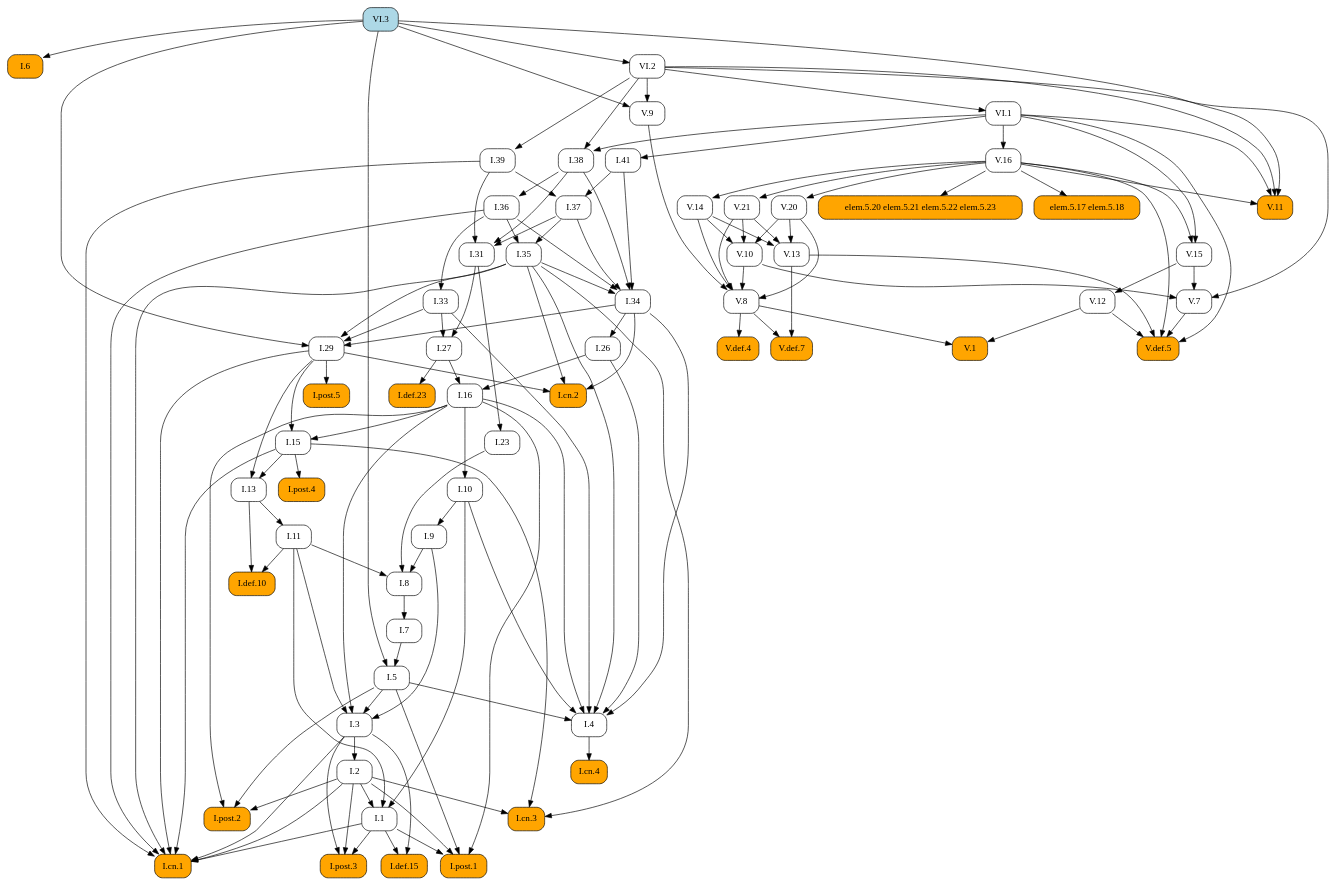
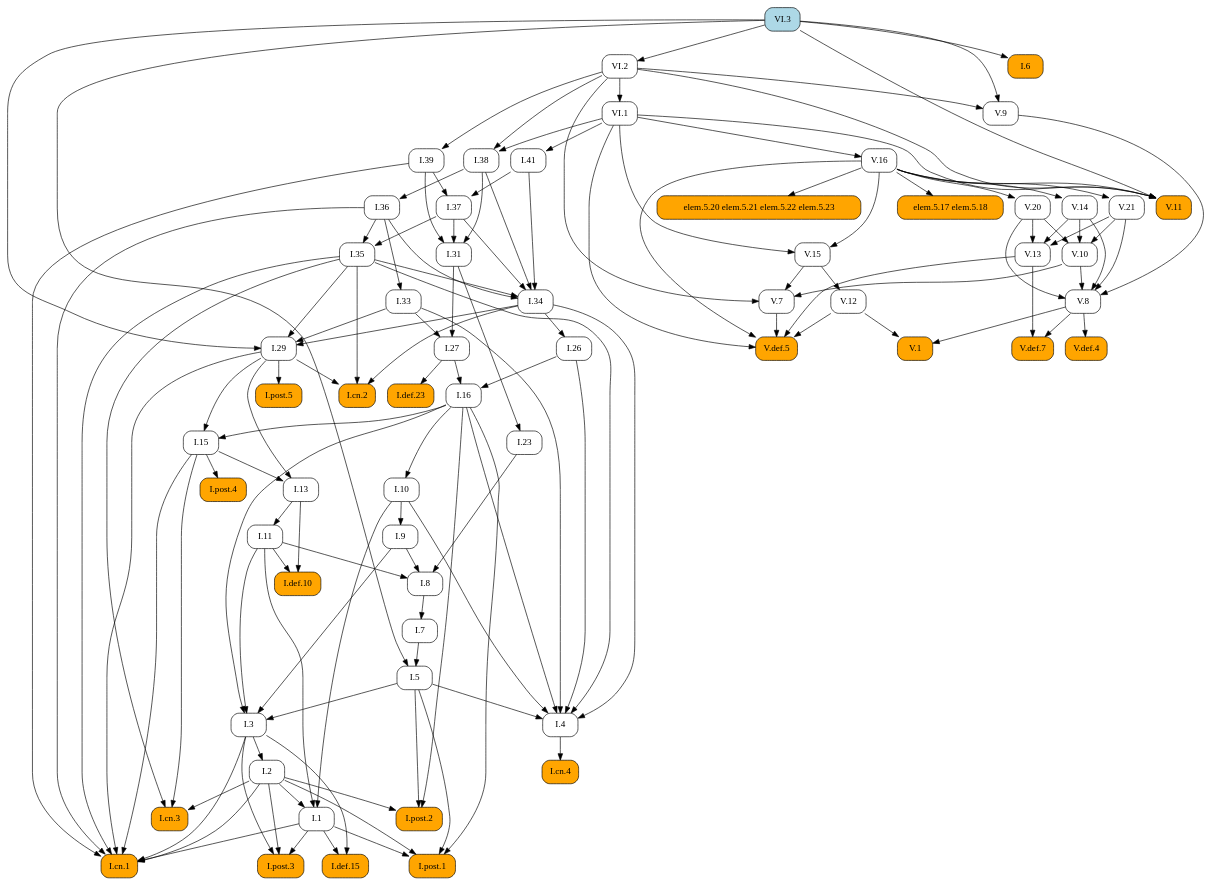
One commit to geometor/elements changed the diagram in docsrc/elements2/VI/3/index.rst. Above: the diagram before and after it, drawn with Graphviz. The commit also changed other lines of this file and 171 other files, not shown here.

```diff
--- a/docsrc/elements2/VI/3/index.rst
+++ b/docsrc/elements2/VI/3/index.rst
@@ -81,167 +81,141 @@
    digraph {
      rankdir="TB";
      node [shape=box, style=rounded];
+     "I.8" [URL="/elements2/I/8/", target="_top"];
+     "V.20" [URL="/elements2/V/20/", target="_top"];
+     "I.36" [URL="/elements2/I/36/", target="_top"];
+     "V.def.5" [style="rounded,filled", fillcolor=orange, URL="/elements2/V/def.5/", target="_top"];
+     "I.post.1" [style="rounded,filled", fillcolor=orange, URL="/elements2/I/post.1/", target="_top"];
+     "V.def.4" [style="rounded,filled", fillcolor=orange, URL="/elements2/V/def.4/", target="_top"];
+     "I.33" [URL="/elements2/I/33/", target="_top"];
+     "I.5" [URL="/elements2/I/5/", target="_top"];
+     "I.38" [URL="/elements2/I/38/", target="_top"];
+     "I.post.5" [style="rounded,filled", fillcolor=orange, URL="/elements2/I/post.5/", target="_top"];
+     "VI.1" [URL="/elements2/VI/1/", target="_top"];
+     "V.11" [style="rounded,filled", fillcolor=orange, URL="/elements2/V/11/", target="_top"];
+     "I.def.10" [style="rounded,filled", fillcolor=orange, URL="/elements2/I/def.10/", target="_top"];
+     "elem.5.17 elem.5.18" [style="rounded,filled", fillcolor=orange];
+     "V.13" [URL="/elements2/V/13/", target="_top"];
+     "I.cn.2" [style="rounded,filled", fillcolor=orange, URL="/elements2/I/cn.2/", target="_top"];
+     "V.9" [URL="/elements2/V/9/", target="_top"];
+     "I.def.15" [style="rounded,filled", fillcolor=orange, URL="/elements2/I/def.15/", target="_top"];
+     "V.16" [URL="/elements2/V/16/", target="_top"];
+     "I.31" [URL="/elements2/I/31/", target="_top"];
+     "V.15" [URL="/elements2/V/15/", target="_top"];
+     "I.11" [URL="/elements2/I/11/", target="_top"];
+     "I.3" [URL="/elements2/I/3/", target="_top"];
+     "I.post.2" [style="rounded,filled", fillcolor=orange, URL="/elements2/I/post.2/", target="_top"];
+     "I.def.23" [style="rounded,filled", fillcolor=orange, URL="/elements2/I/def.23/", target="_top"];
+     "I.6" [style="rounded,filled", fillcolor=orange, URL="/elements2/I/6/", target="_top"];
+     "I.26" [URL="/elements2/I/26/", target="_top"];
+     "VI.3" [style="rounded,filled", fillcolor=lightblue, URL="/elements2/VI/3/", target="_top"];
+     "V.14" [URL="/elements2/V/14/", target="_top"];
+     "V.10" [URL="/elements2/V/10/", target="_top"];
+     "I.cn.3" [style="rounded,filled", fillcolor=orange, URL="/elements2/I/cn.3/", target="_top"];
+     "I.cn.4" [style="rounded,filled", fillcolor=orange, URL="/elements2/I/cn.4/", target="_top"];
+     "I.1" [URL="/elements2/I/1/", target="_top"];
+     "I.23" [URL="/elements2/I/23/", target="_top"];
+     "I.7" [URL="/elements2/I/7/", target="_top"];
+     "I.9" [URL="/elements2/I/9/", target="_top"];
+     "I.16" [URL="/elements2/I/16/", target="_top"];
+     "V.7" [URL="/elements2/V/7/", target="_top"];
+     "I.cn.1" [style="rounded,filled", fillcolor=orange, URL="/elements2/I/cn.1/", target="_top"];
+     "I.29" [URL="/elements2/I/29/", target="_top"];
+     "I.post.4" [style="rounded,filled", fillcolor=orange, URL="/elements2/I/post.4/", target="_top"];
+     "V.1" [style="rounded,filled", fillcolor=orange, URL="/elements2/V/1/", target="_top"];
+     "I.13" [URL="/elements2/I/13/", target="_top"];
+     "V.12" [URL="/elements2/V/12/", target="_top"];
+     "V.21" [URL="/elements2/V/21/", target="_top"];
+     "I.41" [URL="/elements2/I/41/", target="_top"];
+     "I.35" [URL="/elements2/I/35/", target="_top"];
+     "I.2" [URL="/elements2/I/2/", target="_top"];
+     "elem.5.20 elem.5.21 elem.5.22 elem.5.23" [style="rounded,filled", fillcolor=orange];
      "I.37" [URL="/elements2/I/37/", target="_top"];
-     "elem.5.17 elem.5.18" [style="rounded,filled", fillcolor=orange];
-     "V.7" [URL="/elements2/V/7/", target="_top"];
-     "I.def.10" [style="rounded,filled", fillcolor=orange, URL="/elements2/I/def.10/", target="_top"];
+     "I.27" [URL="/elements2/I/27/", target="_top"];
+     "I.4" [URL="/elements2/I/4/", target="_top"];
+     "V.8" [URL="/elements2/V/8/", target="_top"];
+     "VI.2" [URL="/elements2/VI/2/", target="_top"];
+     "I.39" [URL="/elements2/I/39/", target="_top"];
+     "I.10" [URL="/elements2/I/10/", target="_top"];
+     "I.15" [URL="/elements2/I/15/", target="_top"];
      "I.34" [URL="/elements2/I/34/", target="_top"];
-     "I.def.15" [style="rounded,filled", fillcolor=orange, URL="/elements2/I/def.15/", target="_top"];
-     "I.cn.4" [style="rounded,filled", fillcolor=orange, URL="/elements2/I/cn.4/", target="_top"];
+     "V.def.7" [style="rounded,filled", fillcolor=orange, URL="/elements2/V/def.7/", target="_top"];
      "I.post.3" [style="rounded,filled", fillcolor=orange, URL="/elements2/I/post.3/", target="_top"];
-     "V.def.5" [style="rounded,filled", fillcolor=orange, URL="/elements2/V/def.5/", target="_top"];
-     "V.def.7" [style="rounded,filled", fillcolor=orange, URL="/elements2/V/def.7/", target="_top"];
-     "I.41" [URL="/elements2/I/41/", target="_top"];
-     "I.36" [URL="/elements2/I/36/", target="_top"];
-     "I.27" [URL="/elements2/I/27/", target="_top"];
-     "V.10" [URL="/elements2/V/10/", target="_top"];
-     "I.post.2" [style="rounded,filled", fillcolor=orange, URL="/elements2/I/post.2/", target="_top"];
-     "I.13" [URL="/elements2/I/13/", target="_top"];
-     "I.10" [URL="/elements2/I/10/", target="_top"];
-     "I.post.1" [style="rounded,filled", fillcolor=orange, URL="/elements2/I/post.1/", target="_top"];
-     "I.7" [URL="/elements2/I/7/", target="_top"];
-     "I.6" [style="rounded,filled", fillcolor=orange, URL="/elements2/I/6/", target="_top"];
-     "V.15" [URL="/elements2/V/15/", target="_top"];
-     "V.14" [URL="/elements2/V/14/", target="_top"];
-     "I.11" [URL="/elements2/I/11/", target="_top"];
-     "I.4" [URL="/elements2/I/4/", target="_top"];
-     "V.13" [URL="/elements2/V/13/", target="_top"];
-     "V.1" [style="rounded,filled", fillcolor=orange, URL="/elements2/V/1/", target="_top"];
-     "V.16" [URL="/elements2/V/16/", target="_top"];
-     "I.16" [URL="/elements2/I/16/", target="_top"];
-     "V.21" [URL="/elements2/V/21/", target="_top"];
-     "I.def.23" [style="rounded,filled", fillcolor=orange, URL="/elements2/I/def.23/", target="_top"];
-     "elem.5.20 elem.5.21 elem.5.22 elem.5.23" [style="rounded,filled", fillcolor=orange];
-     "I.9" [URL="/elements2/I/9/", target="_top"];
-     "I.38" [URL="/elements2/I/38/", target="_top"];
-     "I.cn.2" [style="rounded,filled", fillcolor=orange, URL="/elements2/I/cn.2/", target="_top"];
-     "I.15" [URL="/elements2/I/15/", target="_top"];
-     "I.post.5" [style="rounded,filled", fillcolor=orange, URL="/elements2/I/post.5/", target="_top"];
-     "I.2" [URL="/elements2/I/2/", target="_top"];
-     "VI.2" [URL="/elements2/VI/2/", target="_top"];
-     "I.8" [URL="/elements2/I/8/", target="_top"];
-     "I.23" [URL="/elements2/I/23/", target="_top"];
-     "I.26" [URL="/elements2/I/26/", target="_top"];
-     "VI.1" [URL="/elements2/VI/1/", target="_top"];
-     "I.1" [URL="/elements2/I/1/", target="_top"];
-     "V.def.4" [style="rounded,filled", fillcolor=orange, URL="/elements2/V/def.4/", target="_top"];
-     "I.35" [URL="/elements2/I/35/", target="_top"];
-     "V.11" [style="rounded,filled", fillcolor=orange, URL="/elements2/V/11/", target="_top"];
-     "V.12" [URL="/elements2/V/12/", target="_top"];
-     "I.33" [URL="/elements2/I/33/", target="_top"];
-     "I.31" [URL="/elements2/I/31/", target="_top"];
-     "VI.3" [style="rounded,filled", fillcolor=lightblue, URL="/elements2/VI/3/", target="_top"];
-     "I.post.4" [style="rounded,filled", fillcolor=orange, URL="/elements2/I/post.4/", target="_top"];
-     "I.39" [URL="/elements2/I/39/", target="_top"];
-     "I.cn.1" [style="rounded,filled", fillcolor=orange, URL="/elements2/I/cn.1/", target="_top"];
-     "I.3" [URL="/elements2/I/3/", target="_top"];
-     "I.cn.3" [style="rounded,filled", fillcolor=orange, URL="/elements2/I/cn.3/", target="_top"];
-     "V.9" [URL="/elements2/V/9/", target="_top"];
-     "I.29" [URL="/elements2/I/29/", target="_top"];
-     "I.5" [URL="/elements2/I/5/", target="_top"];
-     "V.8" [URL="/elements2/V/8/", target="_top"];
-     "V.20" [URL="/elements2/V/20/", target="_top"];
-     "I.39" -> "I.37";
-     "I.41" -> "I.37";
-     "V.16" -> "elem.5.17 elem.5.18";
-     "V.10" -> "V.7";
-     "V.15" -> "V.7";
-     "VI.2" -> "V.7";
-     "I.11" -> "I.def.10";
-     "I.13" -> "I.def.10";
-     "I.35" -> "I.34";
-     "I.36" -> "I.34";
-     "I.37" -> "I.34";
-     "I.38" -> "I.34";
-     "I.41" -> "I.34";
-     "I.1" -> "I.def.15";
-     "I.3" -> "I.def.15";
-     "I.4" -> "I.cn.4";
-     "I.1" -> "I.post.3";
-     "I.2" -> "I.post.3";
-     "I.3" -> "I.post.3";
+     "I.9" -> "I.8";
+     "I.11" -> "I.8";
+     "I.23" -> "I.8";
+     "V.16" -> "V.20";
+     "I.38" -> "I.36";
      "V.7" -> "V.def.5";
      "V.12" -> "V.def.5";
      "V.13" -> "V.def.5";
      "V.16" -> "V.def.5";
      "VI.1" -> "V.def.5";
-     "V.8" -> "V.def.7";
-     "V.13" -> "V.def.7";
-     "VI.1" -> "I.41";
-     "I.38" -> "I.36";
-     "I.31" -> "I.27";
-     "I.33" -> "I.27";
-     "V.14" -> "V.10";
-     "V.20" -> "V.10";
-     "V.21" -> "V.10";
-     "I.2" -> "I.post.2";
-     "I.5" -> "I.post.2";
-     "I.16" -> "I.post.2";
-     "I.15" -> "I.13";
-     "I.29" -> "I.13";
-     "I.16" -> "I.10";
      "I.1" -> "I.post.1";
      "I.2" -> "I.post.1";
      "I.5" -> "I.post.1";
      "I.16" -> "I.post.1";
-     "I.8" -> "I.7";
-     "VI.3" -> "I.6";
-     "V.16" -> "V.15";
-     "VI.1" -> "V.15";
-     "V.16" -> "V.14";
-     "I.13" -> "I.11";
-     "I.5" -> "I.4";
-     "I.10" -> "I.4";
-     "I.16" -> "I.4";
-     "I.26" -> "I.4";
-     "I.33" -> "I.4";
-     "I.34" -> "I.4";
-     "I.35" -> "I.4";
-     "V.14" -> "V.13";
-     "V.20" -> "V.13";
-     "V.21" -> "V.13";
-     "V.8" -> "V.1";
-     "V.12" -> "V.1";
-     "VI.1" -> "V.16";
-     "I.26" -> "I.16";
-     "I.27" -> "I.16";
-     "V.16" -> "V.21";
-     "I.27" -> "I.def.23";
-     "V.16" -> "elem.5.20 elem.5.21 elem.5.22 elem.5.23";
-     "I.10" -> "I.9";
+     "V.8" -> "V.def.4";
+     "I.36" -> "I.33";
+     "I.7" -> "I.5";
+     "VI.3" -> "I.5";
      "VI.1" -> "I.38";
      "VI.2" -> "I.38";
-     "I.29" -> "I.cn.2";
-     "I.34" -> "I.cn.2";
-     "I.35" -> "I.cn.2";
-     "I.16" -> "I.15";
-     "I.29" -> "I.15";
      "I.29" -> "I.post.5";
-     "I.3" -> "I.2";
-     "VI.3" -> "VI.2";
-     "I.9" -> "I.8";
-     "I.11" -> "I.8";
-     "I.23" -> "I.8";
-     "I.31" -> "I.23";
-     "I.34" -> "I.26";
      "VI.2" -> "VI.1";
-     "I.2" -> "I.1";
-     "I.10" -> "I.1";
-     "I.11" -> "I.1";
-     "V.8" -> "V.def.4";
-     "I.36" -> "I.35";
-     "I.37" -> "I.35";
      "V.16" -> "V.11";
      "VI.1" -> "V.11";
      "VI.2" -> "V.11";
      "VI.3" -> "V.11";
-     "V.15" -> "V.12";
-     "I.36" -> "I.33";
+     "I.11" -> "I.def.10";
+     "I.13" -> "I.def.10";
+     "V.16" -> "elem.5.17 elem.5.18";
+     "V.14" -> "V.13";
+     "V.20" -> "V.13";
+     "V.21" -> "V.13";
+     "I.29" -> "I.cn.2";
+     "I.34" -> "I.cn.2";
+     "I.35" -> "I.cn.2";
+     "VI.2" -> "V.9";
+     "VI.3" -> "V.9";
+     "I.1" -> "I.def.15";
+     "I.3" -> "I.def.15";
+     "VI.1" -> "V.16";
      "I.37" -> "I.31";
      "I.38" -> "I.31";
      "I.39" -> "I.31";
-     "I.15" -> "I.post.4";
-     "VI.2" -> "I.39";
+     "V.16" -> "V.15";
+     "VI.1" -> "V.15";
+     "I.13" -> "I.11";
+     "I.5" -> "I.3";
+     "I.9" -> "I.3";
+     "I.11" -> "I.3";
+     "I.16" -> "I.3";
+     "I.2" -> "I.post.2";
+     "I.5" -> "I.post.2";
+     "I.16" -> "I.post.2";
+     "I.27" -> "I.def.23";
+     "VI.3" -> "I.6";
+     "I.34" -> "I.26";
+     "V.16" -> "V.14";
+     "V.14" -> "V.10";
+     "V.20" -> "V.10";
+     "V.21" -> "V.10";
+     "I.2" -> "I.cn.3";
+     "I.15" -> "I.cn.3";
+     "I.35" -> "I.cn.3";
+     "I.4" -> "I.cn.4";
+     "I.2" -> "I.1";
+     "I.10" -> "I.1";
+     "I.11" -> "I.1";
+     "I.31" -> "I.23";
+     "I.8" -> "I.7";
+     "I.10" -> "I.9";
+     "I.26" -> "I.16";
+     "I.27" -> "I.16";
+     "V.10" -> "V.7";
+     "V.15" -> "V.7";
+     "VI.2" -> "V.7";
      "I.1" -> "I.cn.1";
      "I.2" -> "I.cn.1";
      "I.3" -> "I.cn.1";
@@ -250,25 +224,51 @@
      "I.35" -> "I.cn.1";
      "I.36" -> "I.cn.1";
      "I.39" -> "I.cn.1";
-     "I.5" -> "I.3";
-     "I.9" -> "I.3";
-     "I.11" -> "I.3";
-     "I.16" -> "I.3";
-     "I.2" -> "I.cn.3";
-     "I.15" -> "I.cn.3";
-     "I.35" -> "I.cn.3";
-     "VI.2" -> "V.9";
-     "VI.3" -> "V.9";
      "I.33" -> "I.29";
      "I.34" -> "I.29";
      "I.35" -> "I.29";
      "VI.3" -> "I.29";
-     "I.7" -> "I.5";
-     "VI.3" -> "I.5";
+     "I.15" -> "I.post.4";
+     "V.8" -> "V.1";
+     "V.12" -> "V.1";
+     "I.15" -> "I.13";
+     "I.29" -> "I.13";
+     "V.15" -> "V.12";
+     "V.16" -> "V.21";
+     "VI.1" -> "I.41";
+     "I.36" -> "I.35";
+     "I.37" -> "I.35";
+     "I.3" -> "I.2";
+     "V.16" -> "elem.5.20 elem.5.21 elem.5.22 elem.5.23";
+     "I.39" -> "I.37";
+     "I.41" -> "I.37";
+     "I.31" -> "I.27";
+     "I.33" -> "I.27";
+     "I.5" -> "I.4";
+     "I.10" -> "I.4";
+     "I.16" -> "I.4";
+     "I.26" -> "I.4";
+     "I.33" -> "I.4";
+     "I.34" -> "I.4";
+     "I.35" -> "I.4";
      "V.9" -> "V.8";
      "V.10" -> "V.8";
      "V.14" -> "V.8";
      "V.20" -> "V.8";
      "V.21" -> "V.8";
-     "V.16" -> "V.20";
+     "VI.3" -> "VI.2";
+     "VI.2" -> "I.39";
+     "I.16" -> "I.10";
+     "I.16" -> "I.15";
+     "I.29" -> "I.15";
+     "I.35" -> "I.34";
+     "I.36" -> "I.34";
+     "I.37" -> "I.34";
+     "I.38" -> "I.34";
+     "I.41" -> "I.34";
+     "V.8" -> "V.def.7";
+     "V.13" -> "V.def.7";
+     "I.1" -> "I.post.3";
+     "I.2" -> "I.post.3";
+     "I.3" -> "I.post.3";
    }
```
